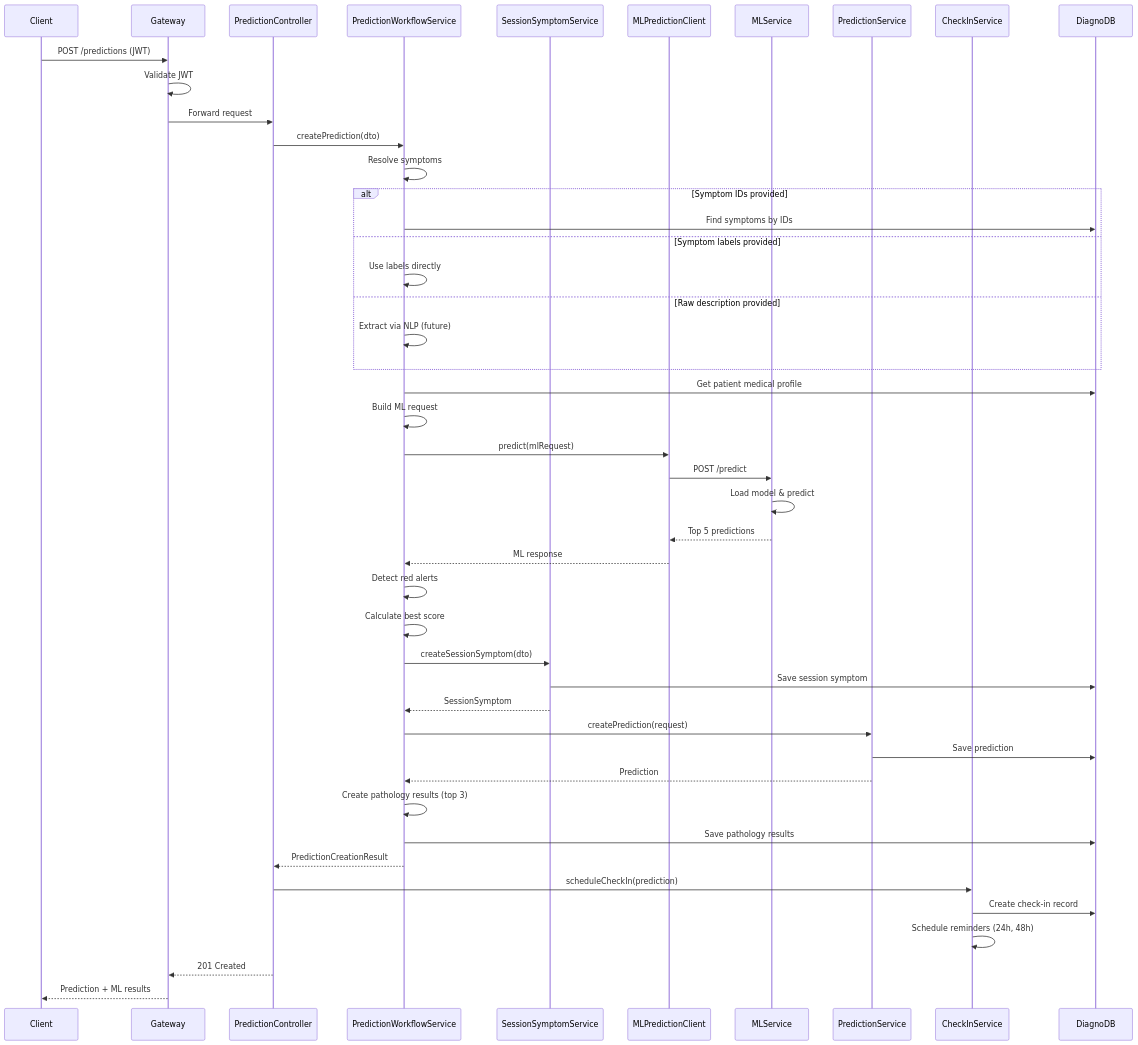
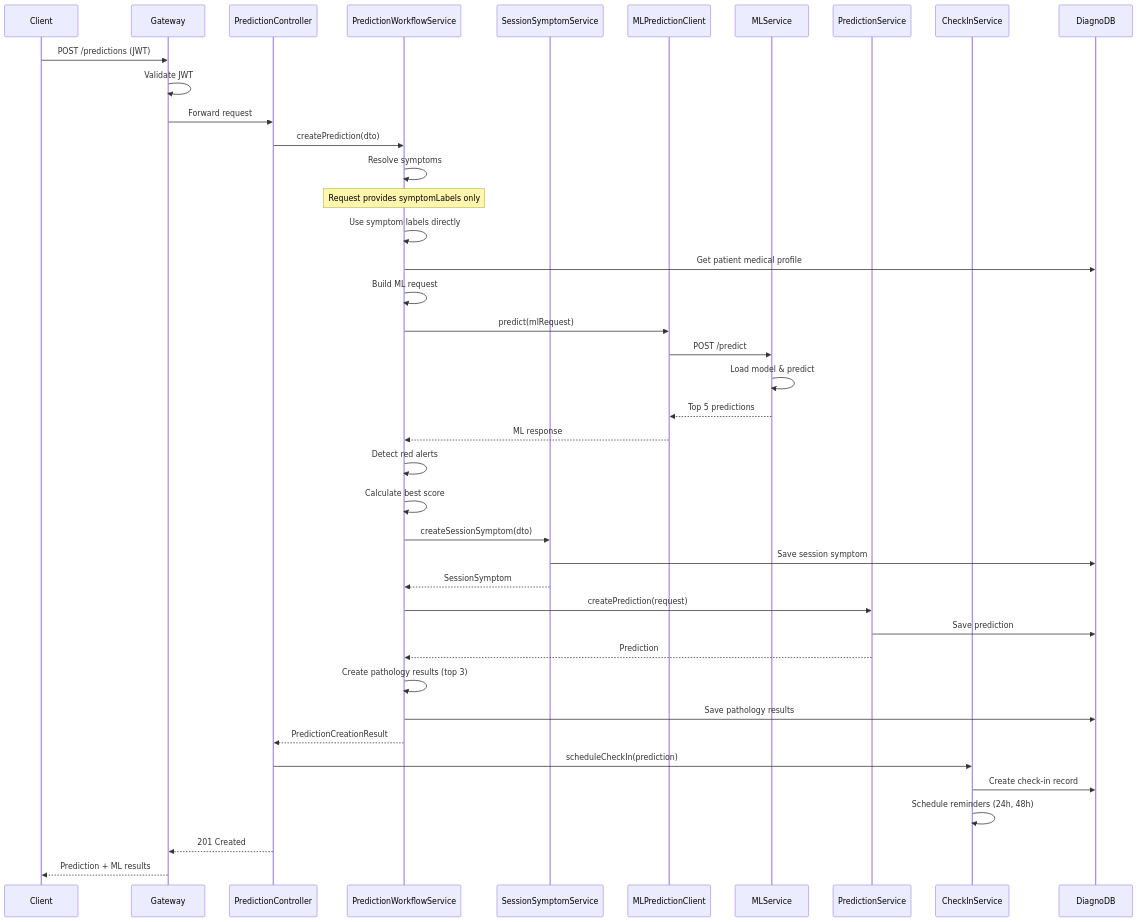
Before and after one commit to ousseynoukone/diagnocare-microservies-v2: the diagram in docs/technical-documentation/04-diagnocare-service.md, drawn with Mermaid. The commit also changed other lines of this file and 7 other files, not shown here.

First line of the commit message:
Update training process and documentation for ML Prediction Service

````diff
--- a/docs/technical-documentation/04-diagnocare-service.md
+++ b/docs/technical-documentation/04-diagnocare-service.md
@@ -314,56 +312,51 @@
 ```mermaid
 sequenceDiagram
     participant Client
     participant Gateway
     participant PredictionController
     participant PredictionWorkflowService
     participant SessionSymptomService
     participant MLPredictionClient
     participant MLService
     participant PredictionService
     participant CheckInService
     participant DiagnoDB
     
     Client->>Gateway: POST /predictions (JWT)
     Gateway->>Gateway: Validate JWT
     Gateway->>PredictionController: Forward request
     PredictionController->>PredictionWorkflowService: createPrediction(dto)
     
     PredictionWorkflowService->>PredictionWorkflowService: Resolve symptoms
-    alt Symptom IDs provided
-        PredictionWorkflowService->>DiagnoDB: Find symptoms by IDs
-    else Symptom labels provided
-        PredictionWorkflowService->>PredictionWorkflowService: Use labels directly
-    else Raw description provided
-        PredictionWorkflowService->>PredictionWorkflowService: Extract via NLP (future)
-    end
+    Note over PredictionWorkflowService: Request provides symptomLabels only
+    PredictionWorkflowService->>PredictionWorkflowService: Use symptom labels directly
     
     PredictionWorkflowService->>DiagnoDB: Get patient medical profile
     PredictionWorkflowService->>PredictionWorkflowService: Build ML request
     PredictionWorkflowService->>MLPredictionClient: predict(mlRequest)
     MLPredictionClient->>MLService: POST /predict
     MLService->>MLService: Load model & predict
     MLService-->>MLPredictionClient: Top 5 predictions
     MLPredictionClient-->>PredictionWorkflowService: ML response
     
     PredictionWorkflowService->>PredictionWorkflowService: Detect red alerts
     PredictionWorkflowService->>PredictionWorkflowService: Calculate best score
     PredictionWorkflowService->>SessionSymptomService: createSessionSymptom(dto)
     SessionSymptomService->>DiagnoDB: Save session symptom
     SessionSymptomService-->>PredictionWorkflowService: SessionSymptom
     
     PredictionWorkflowService->>PredictionService: createPrediction(request)
     PredictionService->>DiagnoDB: Save prediction
     PredictionService-->>PredictionWorkflowService: Prediction
     
     PredictionWorkflowService->>PredictionWorkflowService: Create pathology results (top 3)
     PredictionWorkflowService->>DiagnoDB: Save pathology results
     
     PredictionWorkflowService-->>PredictionController: PredictionCreationResult
     PredictionController->>CheckInService: scheduleCheckIn(prediction)
     CheckInService->>DiagnoDB: Create check-in record
     CheckInService->>CheckInService: Schedule reminders (24h, 48h)
     
     PredictionController-->>Gateway: 201 Created
     Gateway-->>Client: Prediction + ML results
 ```
````
